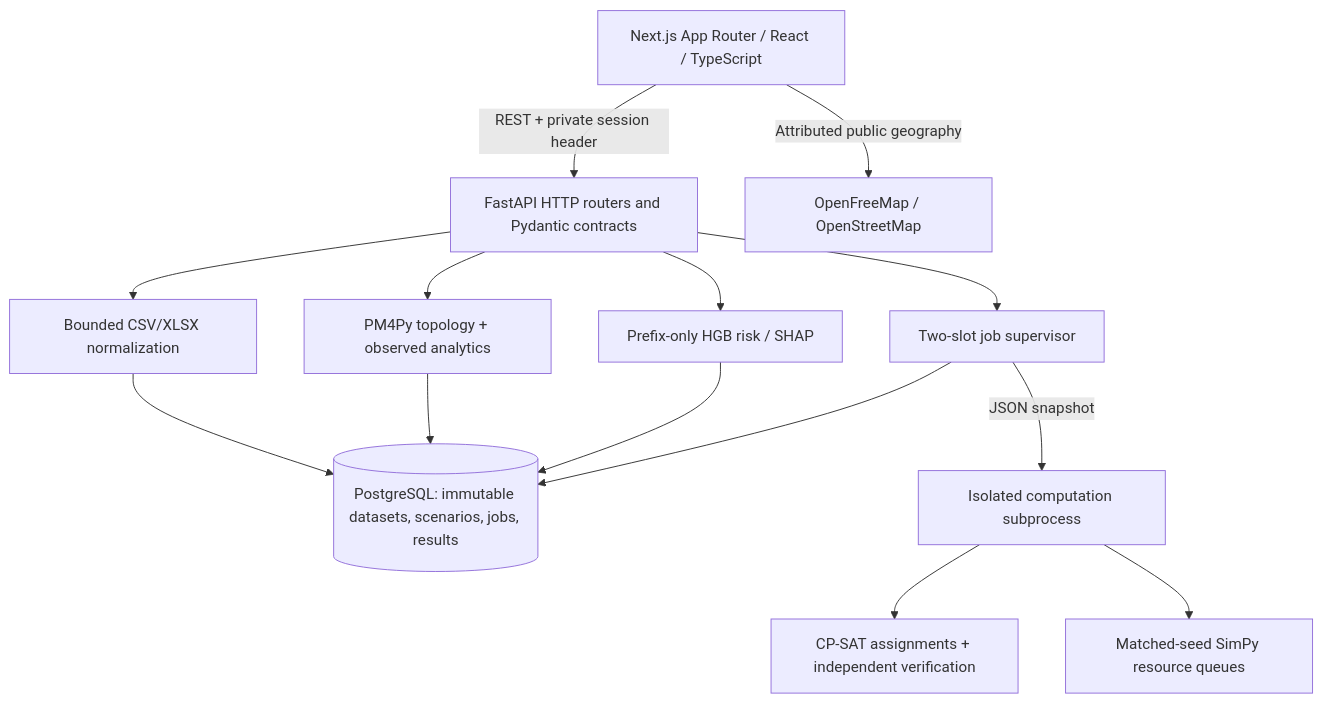
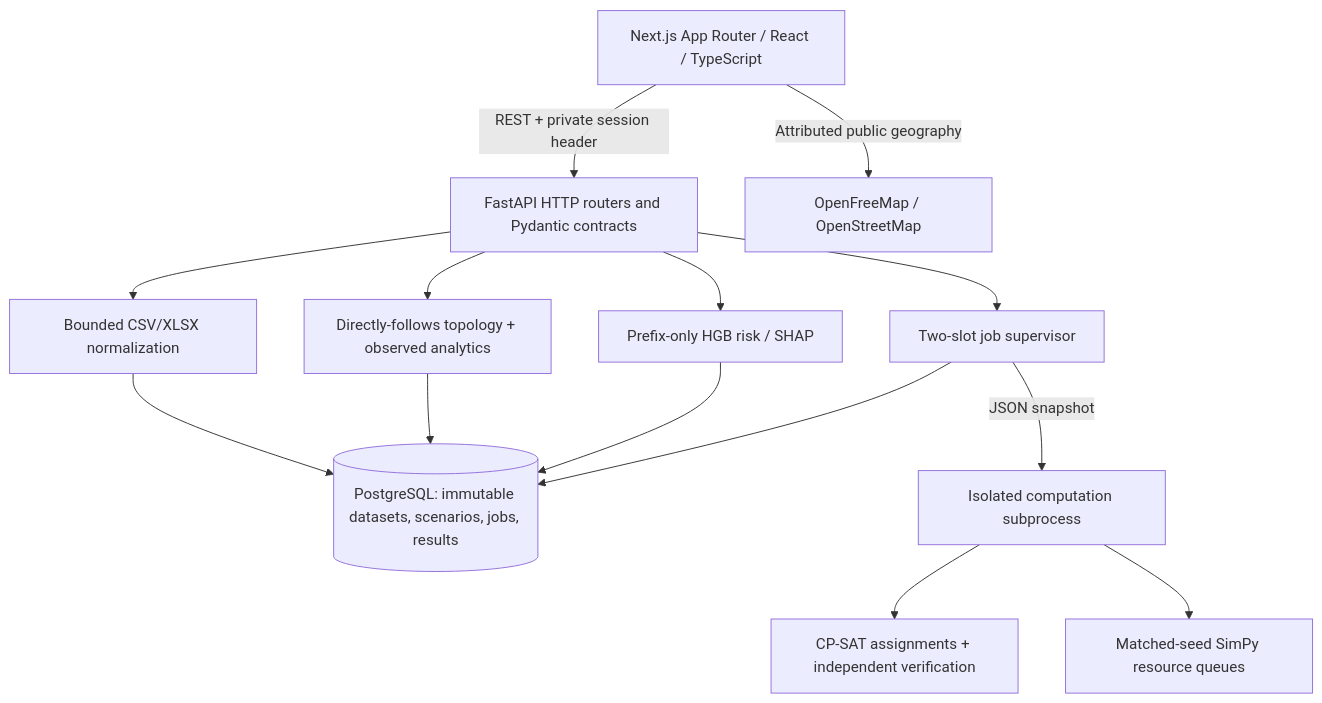
One commit to abdulaz06/berthiq changed the first of 2 diagrams in DOCS/ARCHITECTURE.md. Above: the diagram before and after it, drawn with Mermaid. The commit also changed other lines of this file and 33 other files, not shown here.

````diff
--- a/DOCS/ARCHITECTURE.md
+++ b/DOCS/ARCHITECTURE.md
@@ -10,19 +10,19 @@
 ```mermaid
 flowchart TB
     UI[Next.js App Router / React / TypeScript]
     API[FastAPI HTTP routers and Pydantic contracts]
     DB[(PostgreSQL: immutable datasets, scenarios, jobs, results)]
     UI -->|REST + private session header| API
     API --> Ingestion[Bounded CSV/XLSX normalization]
-    API --> Discovery[PM4Py topology + observed analytics]
+    API --> Discovery[Directly-follows topology + observed analytics]
     API --> Risk[Prefix-only HGB risk / SHAP]
     API --> Jobs[Two-slot job supervisor]
     Jobs -->|JSON snapshot| Child[Isolated computation subprocess]
     Child --> Solver[CP-SAT assignments + independent verification]
     Child --> Sim[Matched-seed SimPy resource queues]
     Ingestion --> DB
     Discovery --> DB
     Risk --> DB
     Jobs --> DB
     UI -->|Attributed public geography| Tiles[OpenFreeMap / OpenStreetMap]
 ```
````
